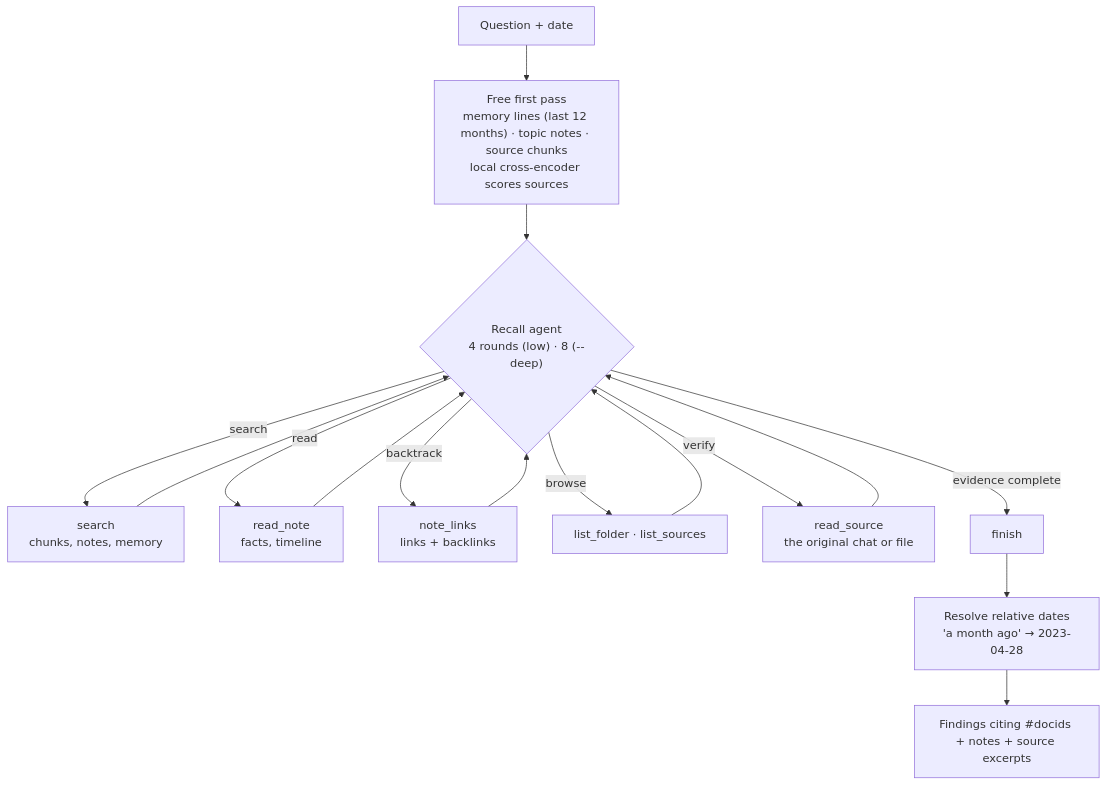
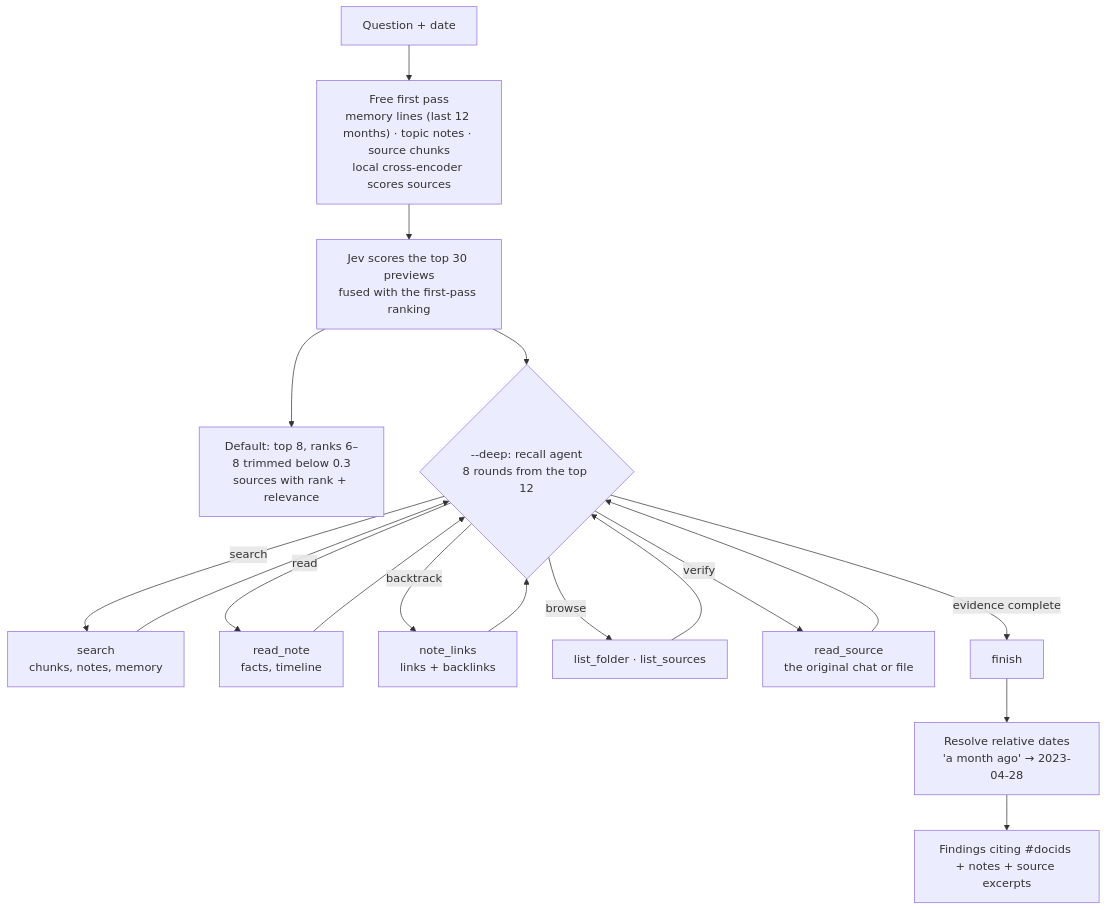
The third of 5 diagrams in README.md (kushalsinha/kormem), drawn with Mermaid before and after one commit. The commit also changed other lines of this file and 21 other files, not shown here.

First line of the commit message:
Recall: Jev re-ranking by default, recall agent at high effort

````diff
--- a/README.md
+++ b/README.md
@@ -287,14 +294,16 @@
 ```mermaid
 flowchart TB
   Q["Question + date"] --> FP["Free first pass<br/>memory lines (last 12 months) · topic notes · source chunks<br/>local cross-encoder scores sources"]
-  FP --> AG{"Recall agent<br/>4 rounds (low) · 8 (--deep)"}
+  FP --> JV["Jev scores the top 30 previews<br/>fused with the first-pass ranking"]
+  JV --> DEF["Default: top 8, ranks 6–8 trimmed below 0.3<br/>sources with rank + relevance"]
+  JV --> AG{"--deep: recall agent<br/>8 rounds from the top 12"}
   AG -->|search| T1["search<br/>chunks, notes, memory"]
   AG -->|read| T2["read_note<br/>facts, timeline"]
   AG -->|backtrack| T3["note_links<br/>links + backlinks"]
   AG -->|browse| T4["list_folder · list_sources"]
   AG -->|verify| T5["read_source<br/>the original chat or file"]
   T1 & T2 & T3 & T4 & T5 --> AG
   AG -->|evidence complete| F["finish"]
   F --> TR["Resolve relative dates<br/>'a month ago' → 2023-04-28"]
   TR --> OUT["Findings citing #docids + notes + source excerpts"]
 ```
````
